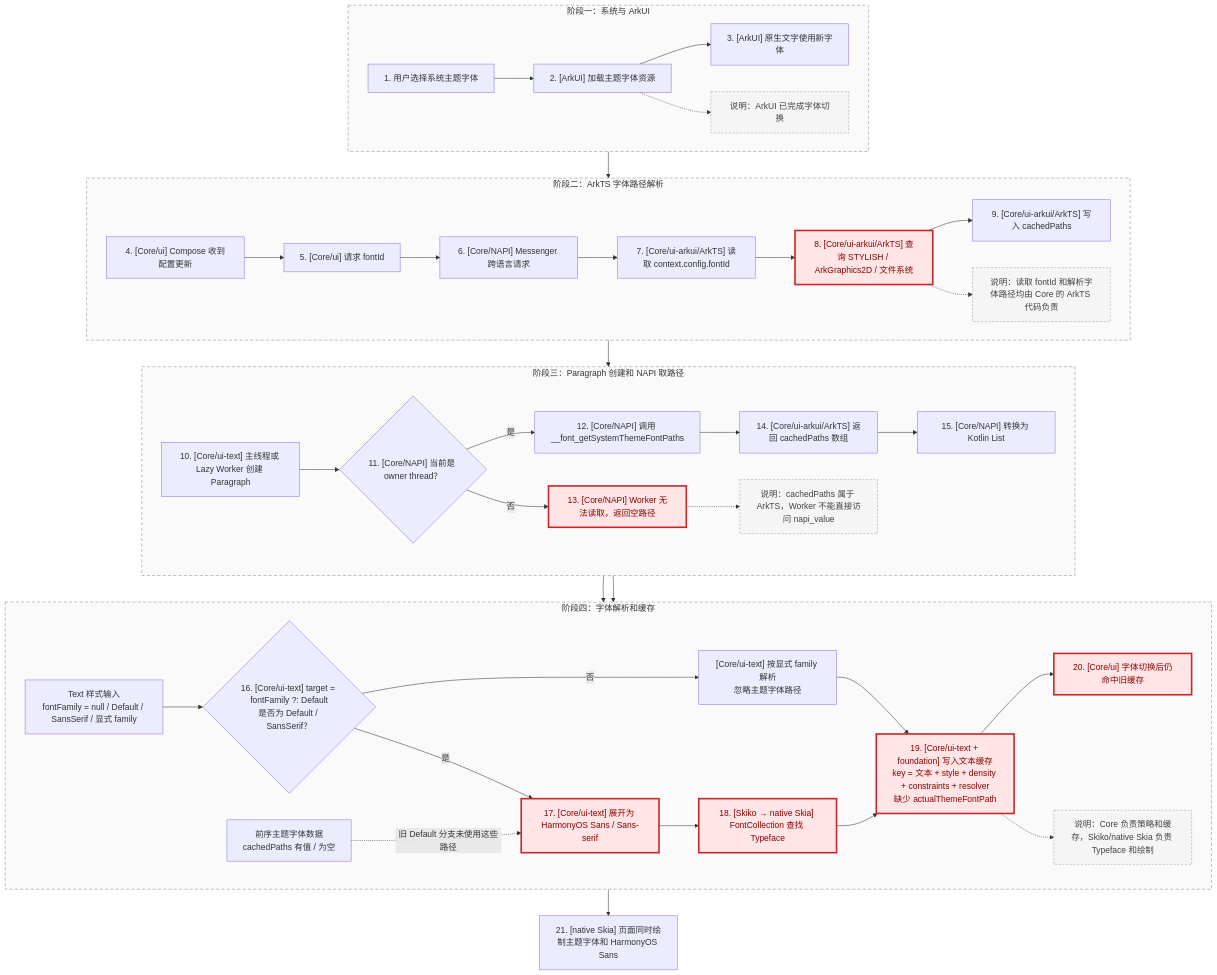
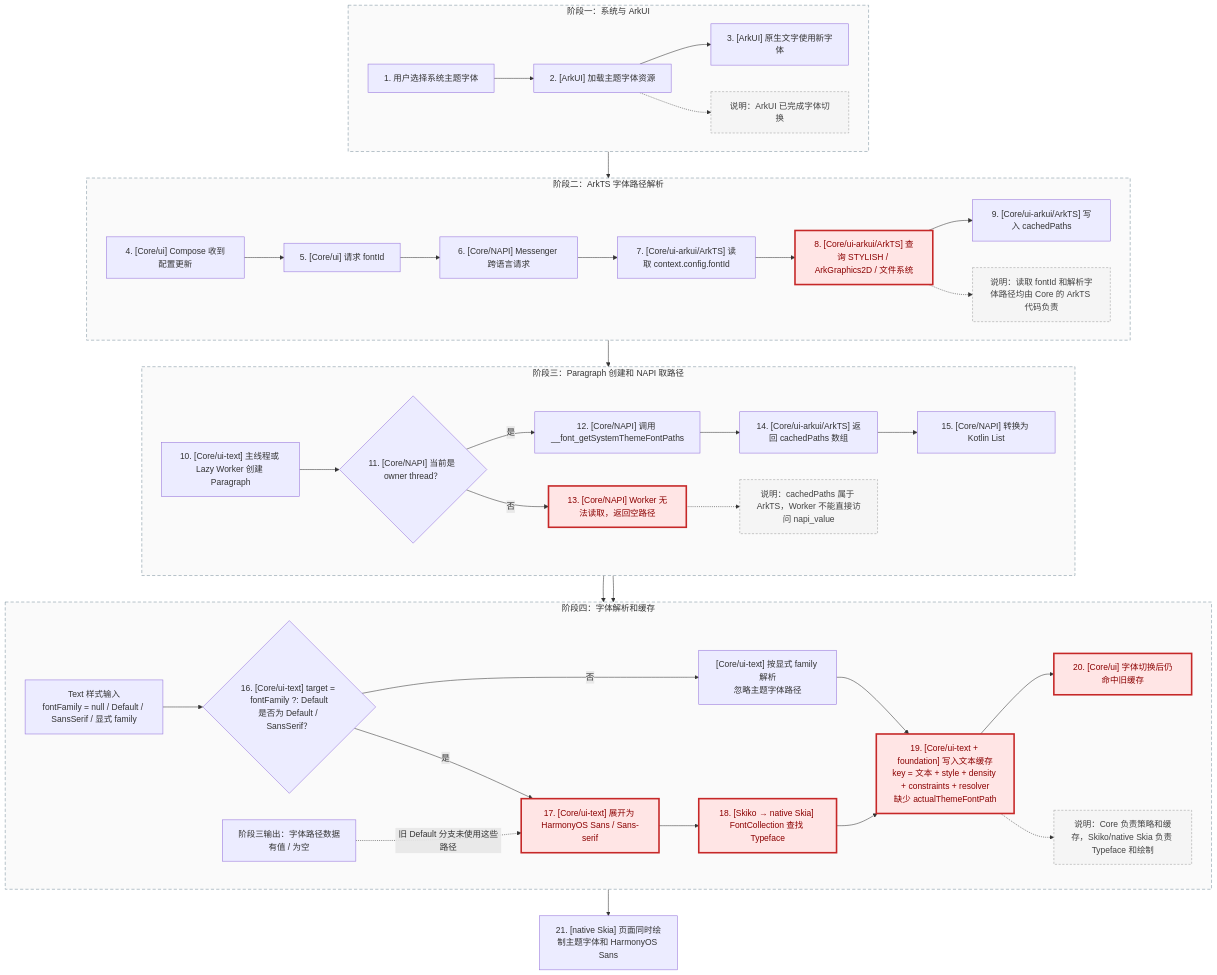
Before and after one commit to jsdegithub/CMP-DOCS: the first of 2 diagrams in CMP不跟随系统字体问题-根因与修复思路.md, drawn with Mermaid. The commit also changed other lines of this file, not shown here.

Commit message:
更新文档，修正字体处理链路的流程图，明确各阶段职责和数据流

````diff
--- a/CMP不跟随系统字体问题-根因与修复思路.md
+++ b/CMP不跟随系统字体问题-根因与修复思路.md
@@ -38,57 +38,57 @@
 ```mermaid
 flowchart TD
     subgraph STAGE1["阶段一：系统与 ArkUI"]
         direction LR
         A1["1. 用户选择系统主题字体"] --> A2["2. [ArkUI] 加载主题字体资源"]
         A2 --> A3["3. [ArkUI] 原生文字使用新字体"]
         A2 -.-> NOTE1["说明：ArkUI 已完成字体切换"]
     end
 
     subgraph STAGE2["阶段二：ArkTS 字体路径解析"]
         direction LR
         B0["4. [Core/ui] Compose 收到配置更新"] --> B1["5. [Core/ui] 请求 fontId"]
         B1 --> B2["6. [Core/NAPI] Messenger 跨语言请求"]
         B2 --> B3["7. [Core/ui-arkui/ArkTS] 读取 context.config.fontId"]
         B3 --> B4["8. [Core/ui-arkui/ArkTS] 查询 STYLISH / ArkGraphics2D / 文件系统"]:::problem
         B4 --> B5["9. [Core/ui-arkui/ArkTS] 写入 cachedPaths"]
         B4 -.-> NOTE2["说明：读取 fontId 和解析字体路径均由 Core 的 ArkTS 代码负责"]
     end
 
     subgraph STAGE3["阶段三：Paragraph 创建和 NAPI 取路径"]
         direction LR
         C1["10. [Core/ui-text] 主线程或 Lazy Worker 创建 Paragraph"] --> C2{"11. [Core/NAPI] 当前是 owner thread？"}
         C2 -->|"是"| C3["12. [Core/NAPI] 调用 __font_getSystemThemeFontPaths"]
         C2 -->|"否"| C4["13. [Core/NAPI] Worker 无法读取，返回空路径"]:::problem
         C3 --> C5["14. [Core/ui-arkui/ArkTS] 返回 cachedPaths 数组"]
         C5 --> C6["15. [Core/NAPI] 转换为 Kotlin List<String>"]
         C4 -.-> NOTE3["说明：cachedPaths 属于 ArkTS，Worker 不能直接访问 napi_value"]
     end
 
     subgraph STAGE4["阶段四：字体解析和缓存"]
         direction LR
         STYLE0["Text 样式输入<br/>fontFamily = null / Default / SansSerif / 显式 family"] --> D1{"16. [Core/ui-text] target = fontFamily ?: Default<br/>是否为 Default / SansSerif？"}
         D1 -->|"否"| EXPLICIT["[Core/ui-text] 按显式 family 解析<br/>忽略主题字体路径"]
         D1 -->|"是"| D2["17. [Core/ui-text] 展开为 HarmonyOS Sans / Sans-serif"]:::problem
-        PATHDATA["前序主题字体数据<br/>cachedPaths 有值 / 为空"]
+        PATHDATA["阶段三输出：字体路径数据<br/>有值 / 为空"]
         D2 --> D3["18. [Skiko → native Skia] FontCollection 查找 Typeface"]:::problem
         D3 --> D4["19. [Core/ui-text + foundation] 写入文本缓存<br/>key = 文本 + style + density + constraints + resolver<br/>缺少 actualThemeFontPath"]:::problem
         EXPLICIT --> D4
         D4 --> D5["20. [Core/ui] 字体切换后仍命中旧缓存"]:::problem
         D4 -.-> NOTE4["说明：Core 负责策略和缓存，Skiko/native Skia 负责 Typeface 和绘制"]
     end
 
     A2 --> B0
     B5 --> C1
     C6 --> PATHDATA
     C4 --> PATHDATA
     PATHDATA -.->|"旧 Default 分支未使用这些路径"| D2
     D5 --> RESULT["21. [native Skia] 页面同时绘制主题字体和 HarmonyOS Sans"]
 
     style STAGE1 fill:#fafafa,stroke:#78909c,stroke-width:1px,stroke-dasharray:6 4
     style STAGE2 fill:#fafafa,stroke:#78909c,stroke-width:1px,stroke-dasharray:6 4
     style STAGE3 fill:#fafafa,stroke:#78909c,stroke-width:1px,stroke-dasharray:6 4
     style STAGE4 fill:#fafafa,stroke:#78909c,stroke-width:1px,stroke-dasharray:6 4
     classDef note fill:#f5f5f5,stroke:#9e9e9e,stroke-width:1px,stroke-dasharray:4 3,color:#424242;
     class NOTE1,NOTE2,NOTE3,NOTE4 note;
     classDef problem fill:#ffe5e5,stroke:#c62828,stroke-width:3px,color:#8b0000;
 ```
````
